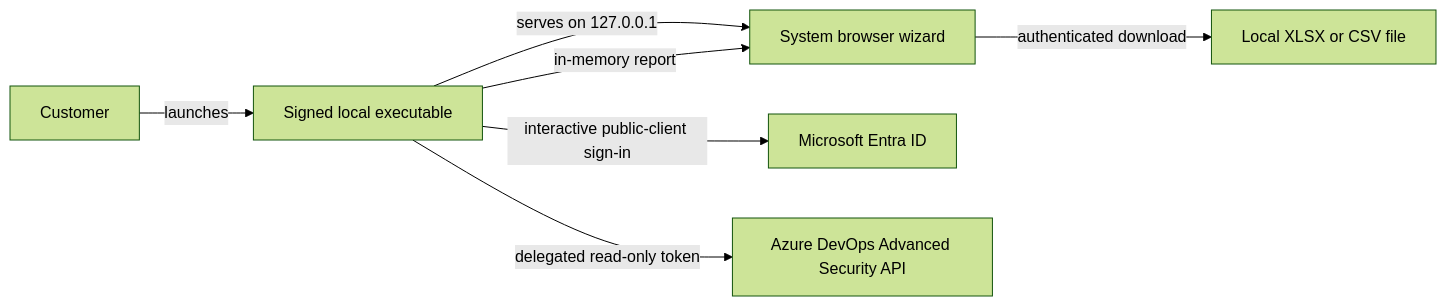
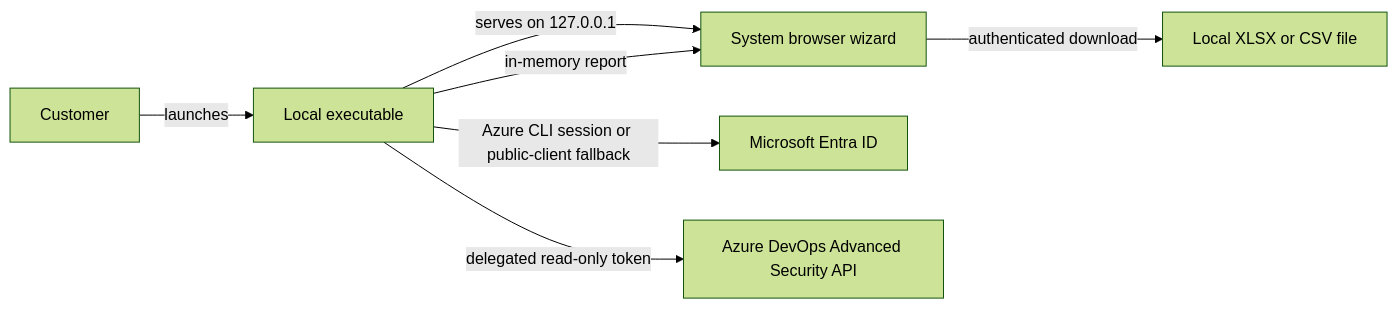
Before and after one commit to ninjapaw/committer-insights: the first of 3 diagrams in docs/ARCHITECTURE.md, drawn with Mermaid (forest theme). The commit also changed other lines of this file and 20 other files, not shown here.

````diff
--- a/docs/ARCHITECTURE.md
+++ b/docs/ARCHITECTURE.md
@@ -5,9 +5,9 @@
 ```mermaid
 flowchart LR
-  U[Customer] -->|launches| E[Signed local executable]
+  U[Customer] -->|launches| E[Local executable]
   E -->|serves on 127.0.0.1| B[System browser wizard]
-  E -->|interactive public-client sign-in| M[Microsoft Entra ID]
+  E -->|Azure CLI session or public-client fallback| M[Microsoft Entra ID]
   E -->|delegated read-only token| A[Azure DevOps Advanced Security API]
   E -->|in-memory report| B
   B -->|authenticated download| X[Local XLSX or CSV file]
 ```
````
